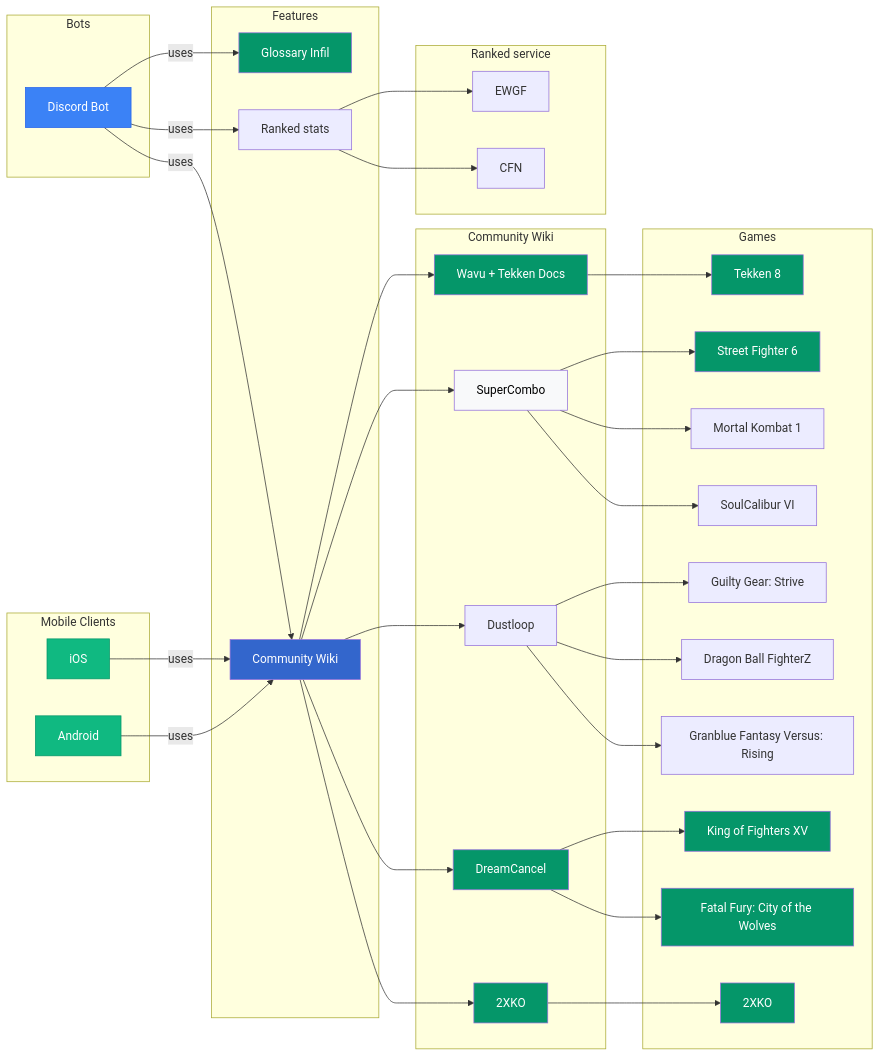
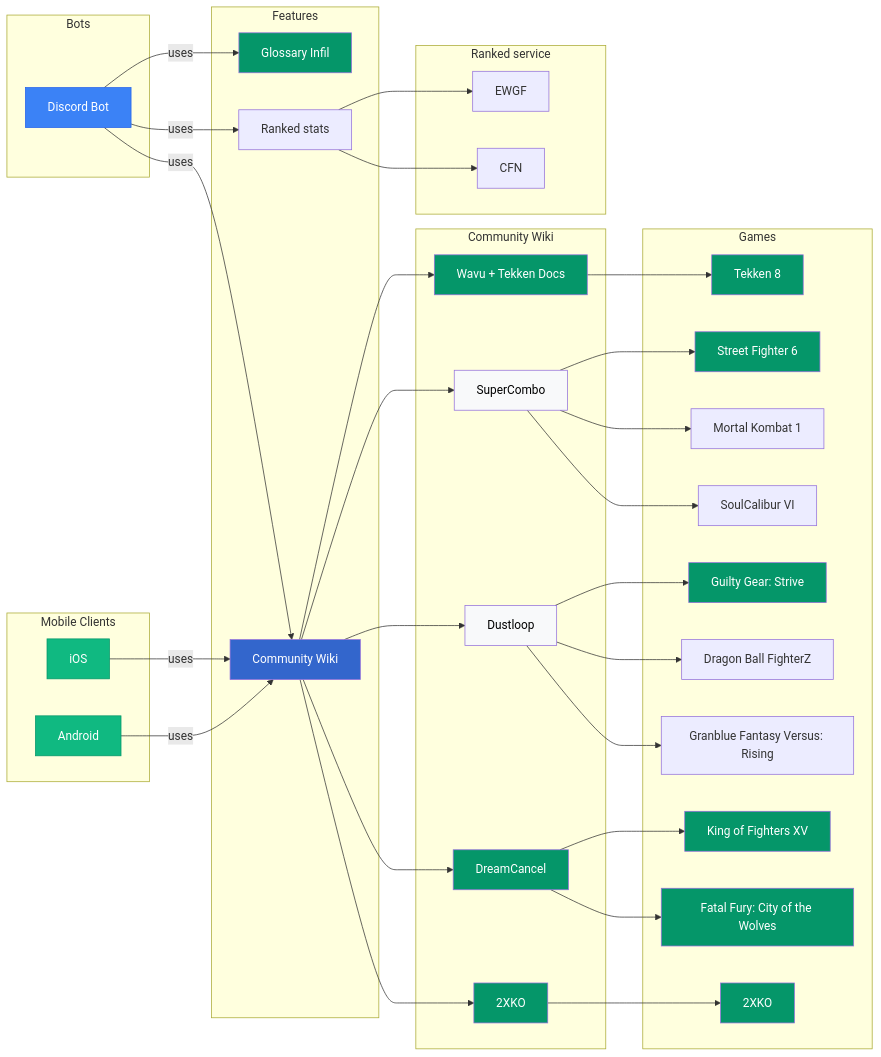
Before and after one commit to Sophon/FightingNerd: the diagram in README.md, drawn with Mermaid. The commit also changed 1 other file, not shown here.

Commit message:
doc (readme): mermaid

````diff
--- a/README.md
+++ b/README.md
@@ -98,10 +98,12 @@
   style wikiWavu fill:#059669,color:#fff
   style supercombo fill:#F8F9FA,color:#000000
   style dreamcancel fill:#059669, color:#fff
+  style dustloop fill:#F8F9FA,color:#000000
   style 2xko fill:#059669,color:#fff
   style t8 fill:#059669, color:#fff
   style sf6 fill:#059669, color:#fff
   style xko fill:#059669, color:#fff
   style kof15 fill:#059669,color:#fff
   style cotw fill:#059669,color:#fff
+  style ggst fill:#059669,color:#fff
 ```
````
